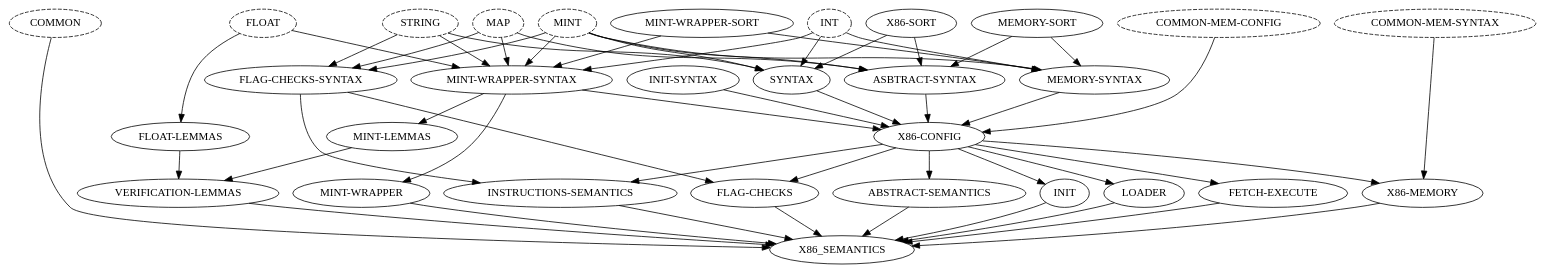
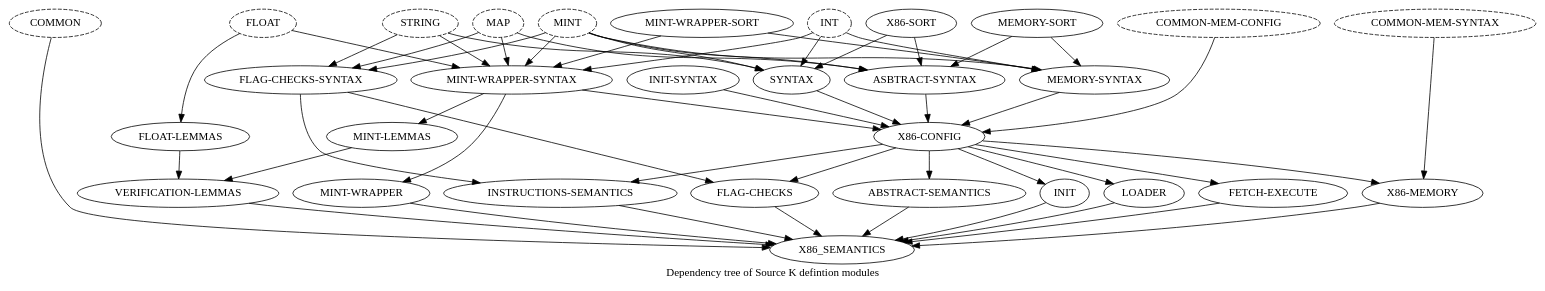
Before and after one commit to kframework/X86-64-semantics: the diagram in docs/reports/import_graph.dot, drawn with Graphviz. The commit also changed 1 other file, not shown here.

Commit message:
Fixd the caption alignment of dependence tree  dot plot.

```diff
--- a/docs/reports/import_graph.dot
+++ b/docs/reports/import_graph.dot
@@ -1,106 +1,110 @@
 digraph graphname {
+
+  label="Dependency tree of Source K defintion modules";
+  labelloc=bottom;
+  labeljust=center;
     
   MAP [style="dashed"]
   MINT [style="dashed"]
   FLOAT [style="dashed"]
   INT [style="dashed"]
   STRING [style="dashed"]
   "COMMON-MEM-SYNTAX" [style="dashed"]
   "COMMON-MEM-CONFIG" [style="dashed"]
   "COMMON" [style="dashed"]
   
   {rank = same; MAP; FLOAT; MINT; INT; STRING; 
              "COMMON"; "COMMON-MEM-CONFIG"; 
             "COMMON-MEM-SYNTAX"; "X86-SORT"; 
             "MEMORY-SORT"; "MINT-WRAPPER-SORT"}
             
   {rank = same; LOADER; "FETCH-EXECUTE"; "ABSTRACT-SEMANTICS"; 
   "FLAG-CHECKS"; "VERIFICATION-LEMMAS"; "INIT"; "MINT-WRAPPER"}
  
   {rank = same; "MINT-LEMMAS"; "FLOAT-LEMMAS"}
   
   {rank = same; "ASBTRACT-SYNTAX"; "MINT-WRAPPER-SYNTAX"; 
   "FLAG-CHECKS-SYNTAX"; "MEMORY-SYNTAX"; "SYNTAX"; "INIT-SYNTAX" }
 
   // ==========================================
 
   // MEMORY
   "MEMORY-SORT" -> "MEMORY-SYNTAX";
   "MINT-WRAPPER-SORT" -> "MEMORY-SYNTAX" 
   MINT -> "MEMORY-SYNTAX" 
   INT -> "MEMORY-SYNTAX" 
   "COMMON-MEM-SYNTAX"  -> "X86-MEMORY"
   "X86-CONFIG"  -> "X86-MEMORY"
 
   // X86 SYNTAX
   "X86-SORT" -> "SYNTAX" 
   INT -> SYNTAX
   STRING -> SYNTAX
   MINT -> SYNTAX
   
   // ABSTRACT SYNTAX    
   "X86-SORT" ->  "ASBTRACT-SYNTAX";
   MAP -> "ASBTRACT-SYNTAX";
   MINT -> "ASBTRACT-SYNTAX";
   "MEMORY-SORT" -> "ASBTRACT-SYNTAX";
 
   // Config
   "ASBTRACT-SYNTAX" ->   "X86-CONFIG"
   "SYNTAX" ->   "X86-CONFIG"
   "COMMON-MEM-CONFIG" ->   "X86-CONFIG"
   "MEMORY-SYNTAX" ->   "X86-CONFIG"
   "INIT-SYNTAX" ->   "X86-CONFIG"
   "MINT-WRAPPER-SYNTAX" ->   "X86-CONFIG"
 
   // Init 
   "X86-CONFIG" -> "INIT"
 
   "X86-CONFIG" -> "ABSTRACT-SEMANTICS"
   
 
   // MInt-wrapper
   MINT -> "MINT-WRAPPER-SYNTAX"
   FLOAT -> "MINT-WRAPPER-SYNTAX"
   STRING -> "MINT-WRAPPER-SYNTAX"
   MAP -> "MINT-WRAPPER-SYNTAX"
   INT -> "MINT-WRAPPER-SYNTAX"
 
   "MINT-WRAPPER-SORT" -> "MINT-WRAPPER-SYNTAX"
   "MINT-WRAPPER-SYNTAX" -> "MINT-WRAPPER"
 
 
   // Loader/fetch exec
   "X86-CONFIG" -> LOADER
   "X86-CONFIG" -> "FETCH-EXECUTE"
 
   "MINT-LEMMAS" -> "VERIFICATION-LEMMAS"
   "FLOAT-LEMMAS" -> "VERIFICATION-LEMMAS"
   
   FLOAT -> "FLOAT-LEMMAS"
   "MINT-WRAPPER-SYNTAX" -> "MINT-LEMMAS"
 
   MINT -> "FLAG-CHECKS-SYNTAX"
   MAP -> "FLAG-CHECKS-SYNTAX"
   "STRING" -> "FLAG-CHECKS-SYNTAX"
 
   "FLAG-CHECKS-SYNTAX"  -> "FLAG-CHECKS"
   "X86-CONFIG"  -> "FLAG-CHECKS"
 
 
   "X86-CONFIG" -> "INSTRUCTIONS-SEMANTICS"
   "FLAG-CHECKS-SYNTAX" -> "INSTRUCTIONS-SEMANTICS"
 
   // Semantics
   LOADER ->  X86_SEMANTICS
   "FETCH-EXECUTE" ->  X86_SEMANTICS
   "ABSTRACT-SEMANTICS" ->  X86_SEMANTICS
   "FLAG-CHECKS" ->  X86_SEMANTICS
   "VERIFICATION-LEMMAS" ->  X86_SEMANTICS
   "INSTRUCTIONS-SEMANTICS" ->  X86_SEMANTICS
   "X86-MEMORY" ->  X86_SEMANTICS
   "COMMON" ->  X86_SEMANTICS
   "INIT" -> X86_SEMANTICS
   "MINT-WRAPPER" -> X86_SEMANTICS
   
 
  }
```
